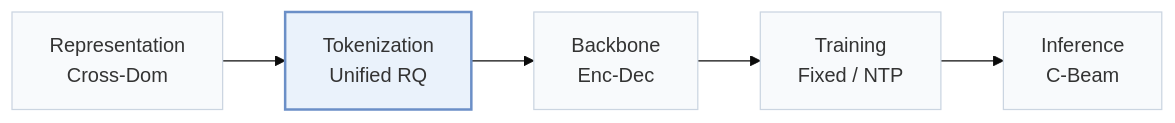
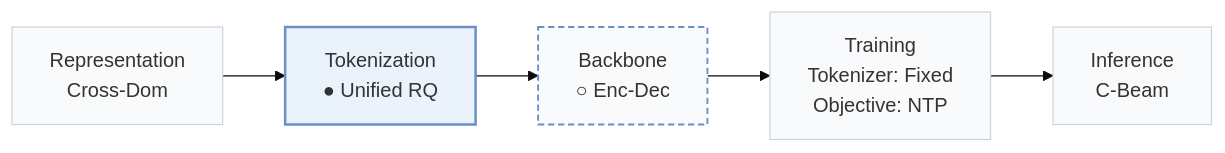
The first of 3 diagrams in pages/papers/gmc.md (Galaxy-ghost/Awesome-SID-Generative-Rec), drawn with Mermaid (base theme) before and after one commit. The commit also changed other lines of this file and 558 other files, not shown here.

````diff
--- a/pages/papers/gmc.md
+++ b/pages/papers/gmc.md
@@ -15,8 +19,10 @@
 ```mermaid
 flowchart LR
-    R["Representation<br/>Cross-Dom"] --> T["Tokenization<br/>Unified RQ"] --> B["Backbone<br/>Enc-Dec"] --> TR["Training<br/>Fixed / NTP"] --> I["Inference<br/>C-Beam"]
+    R["Representation<br/>Cross-Dom"] --> T["Tokenization<br/>● Unified RQ"] --> B["Backbone<br/>○ Enc-Dec"] --> TR["Training<br/>Tokenizer: Fixed<br/>Objective: NTP"] --> I["Inference<br/>C-Beam"]
     classDef base fill:#f8fafc,stroke:#cbd5e1
     class R,T,B,TR,I base
+    classDef other fill:#f8fafc,stroke:#6b8fc7,stroke-width:1.5px,stroke-dasharray:5 3
+    class B other
     classDef main fill:#eaf2fb,stroke:#6b8fc7,stroke-width:2px
     class T main
 ```
````
